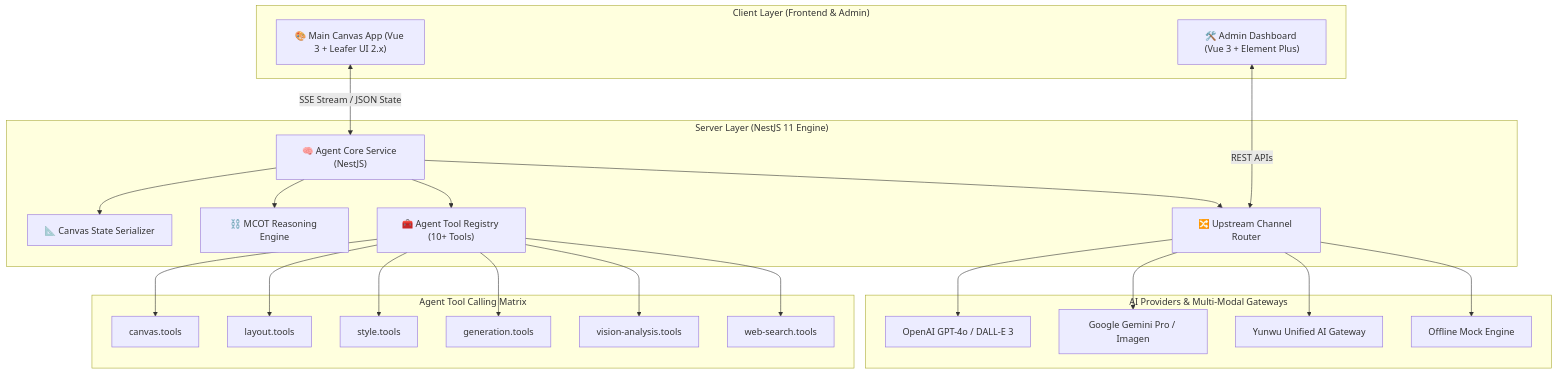
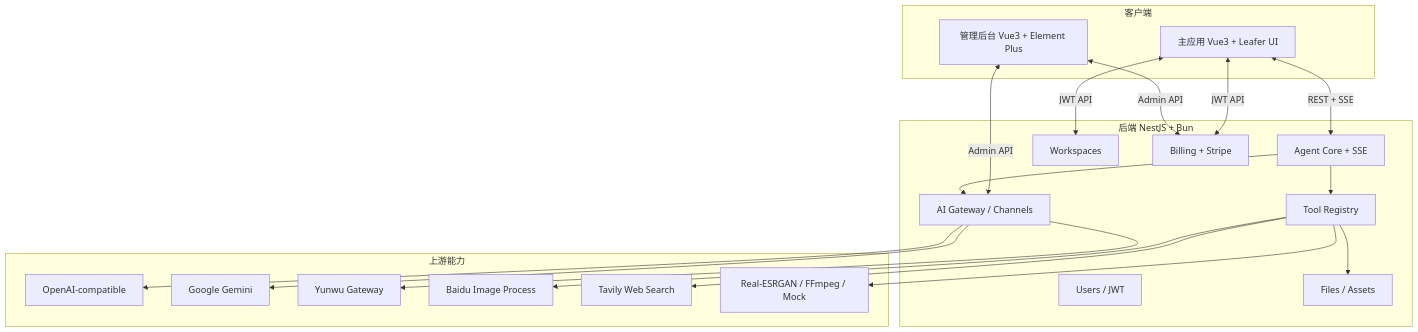
One commit to ye971829766/OmniCanvas changed the diagram in README.md. Above: the diagram before and after it, drawn with Mermaid. The commit also changed other lines of this file and 1 other file, not shown here.

````diff
--- a/README.md
+++ b/README.md
@@ -107,50 +103,41 @@
 ```mermaid
 flowchart TB
-    subgraph ClientLayer ["Client Layer (Frontend & Admin)"]
-        CanvasApp["🎨 Main Canvas App (Vue 3 + Leafer UI 2.x)"]
-        AdminDashboard["🛠️ Admin Dashboard (Vue 3 + Element Plus)"]
+    subgraph Client ["客户端"]
+        App["主应用 Vue3 + Leafer UI"]
+        Admin["管理后台 Vue3 + Element Plus"]
     end
 
-    subgraph ServerLayer ["Server Layer (NestJS 11 Engine)"]
-        AgentCore["🧠 Agent Core Service (NestJS)"]
-        CanvasSerializer["📐 Canvas State Serializer"]
-        ToolRegistry["🧰 Agent Tool Registry (10+ Tools)"]
-        MCOTGraph["⛓️ MCOT Reasoning Engine"]
-        ChannelRouter["🔀 Upstream Channel Router"]
+    subgraph Server ["后端 NestJS + Bun"]
+        Agent["Agent Core + SSE"]
+        Tools["Tool Registry"]
+        AI["AI Gateway / Channels"]
+        WS["Workspaces"]
+        Auth["Users / JWT"]
+        Bill["Billing + Stripe"]
+        Files["Files / Assets"]
     end
 
-    subgraph ToolMatrix ["Agent Tool Calling Matrix"]
-        CanvasTools["canvas.tools"]
-        LayoutTools["layout.tools"]
-        StyleTools["style.tools"]
-        GenTools["generation.tools"]
-        VisionTools["vision-analysis.tools"]
-        SearchTools["web-search.tools"]
+    subgraph Providers ["上游能力"]
+        OpenAI["OpenAI-compatible"]
+        Gemini["Google Gemini"]
+        Yunwu["Yunwu Gateway"]
+        Baidu["Baidu Image Process"]
+        Tavily["Tavily Web Search"]
+        Local["Real-ESRGAN / FFmpeg / Mock"]
     end
 
-    subgraph MultiModalGateways ["AI Providers & Multi-Modal Gateways"]
-        OpenAI["OpenAI GPT-4o / DALL-E 3"]
-        Gemini["Google Gemini Pro / Imagen"]
-        Yunwu["Yunwu Unified AI Gateway"]
-        LocalMock["Offline Mock Engine"]
-    end
-
-    CanvasApp <-->|SSE Stream / JSON State| AgentCore
-    AdminDashboard <-->|REST APIs| ChannelRouter
-    AgentCore --> CanvasSerializer
-    AgentCore --> MCOTGraph
-    AgentCore --> ToolRegistry
-
-    ToolRegistry --> CanvasTools
-    ToolRegistry --> LayoutTools
-    ToolRegistry --> StyleTools
-    ToolRegistry --> GenTools
-    ToolRegistry --> VisionTools
-    ToolRegistry --> SearchTools
-
-    AgentCore --> ChannelRouter
-    ChannelRouter --> OpenAI
-    ChannelRouter --> Gemini
-    ChannelRouter --> Yunwu
-    ChannelRouter --> LocalMock
+    App <-->|REST + SSE| Agent
+    App <-->|JWT API| WS
+    App <-->|JWT API| Bill
+    Admin <-->|Admin API| AI
+    Admin <-->|Admin API| Bill
+    Agent --> Tools
+    Agent --> AI
+    Tools --> Files
+    AI --> OpenAI
+    AI --> Gemini
+    AI --> Yunwu
+    Tools --> Baidu
+    Tools --> Tavily
+    Tools --> Local
 ```
````
